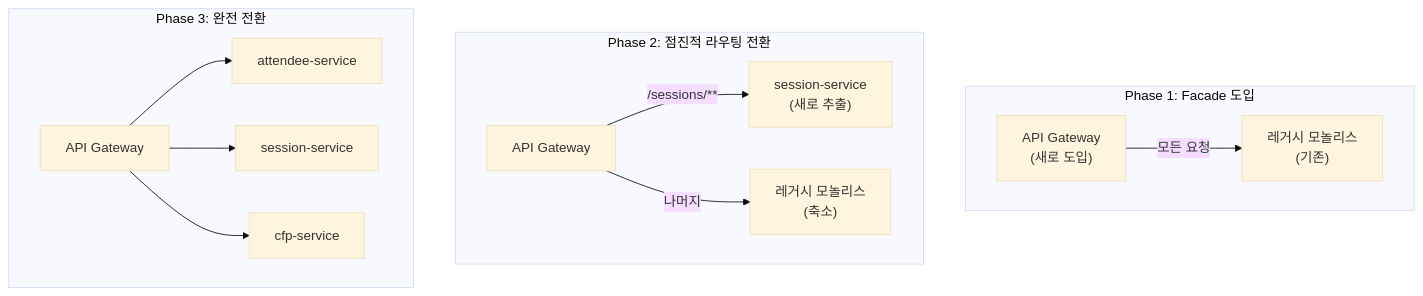
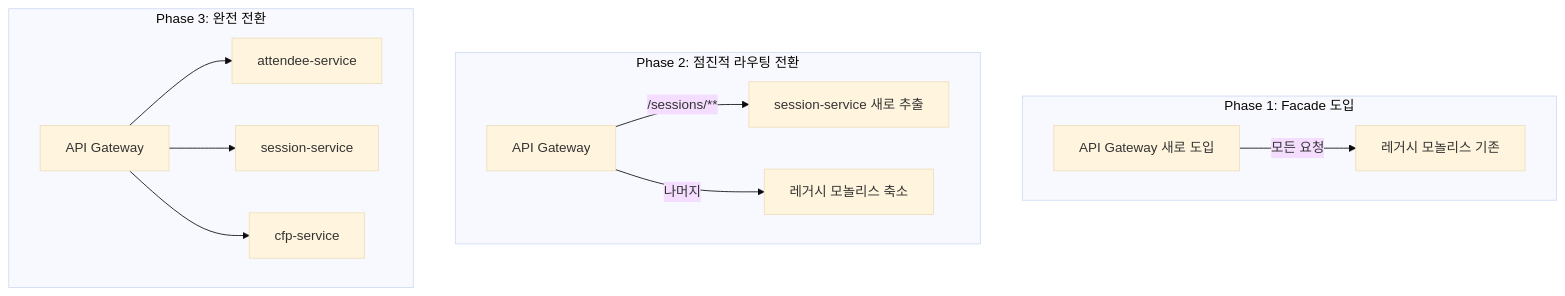
One commit to janghoesoo1/pact-conference-demo-phase1 changed diagram 17 of 23 in docs/ARCHITECTURE.md. Above: the diagram before and after it, drawn with Mermaid (base theme). The commit also changed other lines of this file and 6 other files, not shown here.

````diff
--- a/docs/ARCHITECTURE.md
+++ b/docs/ARCHITECTURE.md
@@ -1162,26 +1154,26 @@
 ```mermaid
 graph TD
     subgraph "Phase 1: Facade 도입"
-        GW1["API Gateway\n(새로 도입)"]
-        MON1["레거시 모놀리스\n(기존)"]
+        GW1["API Gateway 새로 도입"]
+        MON1["레거시 모놀리스 기존"]
         GW1 -->|"모든 요청"| MON1
     end
 
     subgraph "Phase 2: 점진적 라우팅 전환"
         GW2["API Gateway"]
-        MON2["레거시 모놀리스\n(축소)"]
-        SES2["session-service\n(새로 추출)"]
+        MON2["레거시 모놀리스 축소"]
+        SES2["session-service 새로 추출"]
         GW2 -->|"/sessions/**"| SES2
         GW2 -->|"나머지"| MON2
     end
 
     subgraph "Phase 3: 완전 전환"
         GW3["API Gateway"]
         ATT3["attendee-service"]
         SES3["session-service"]
         CFP3["cfp-service"]
         GW3 --> ATT3
         GW3 --> SES3
         GW3 --> CFP3
     end
 ```
````
